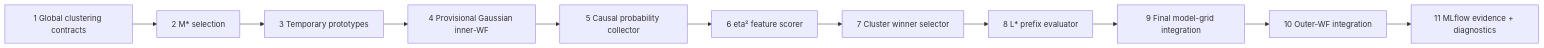
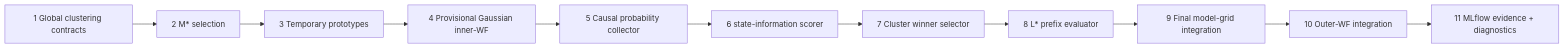
One commit to SergejSchweizer/regime-engine changed diagram 17 of 17 in EVALUATION.md. Above: the diagram before and after it, drawn with Mermaid. The commit also changed other lines of this file and 4 other files, not shown here.

````diff
--- a/EVALUATION.md
+++ b/EVALUATION.md
@@ -1114,13 +1269,13 @@
 ```mermaid
 flowchart LR
     A[1 Global clustering contracts] --> B[2 M* selection]
     B --> C[3 Temporary prototypes]
     C --> D[4 Provisional Gaussian inner-WF]
     D --> E[5 Causal probability collector]
-    E --> F[6 eta² feature scorer]
+    E --> F[6 state-information scorer]
     F --> G[7 Cluster winner selector]
     G --> H[8 L* prefix evaluator]
     H --> I[9 Final model-grid integration]
     I --> J[10 Outer-WF integration]
     J --> K[11 MLflow evidence + diagnostics]
 ```
````
